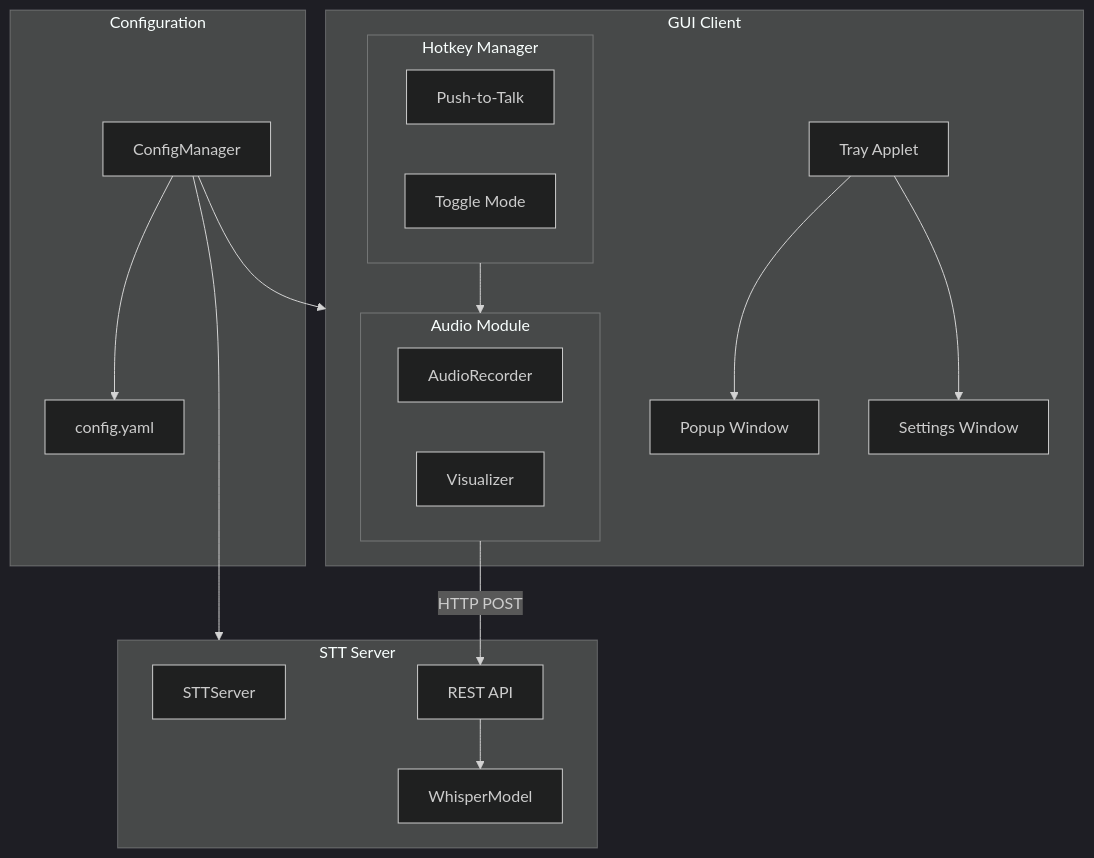
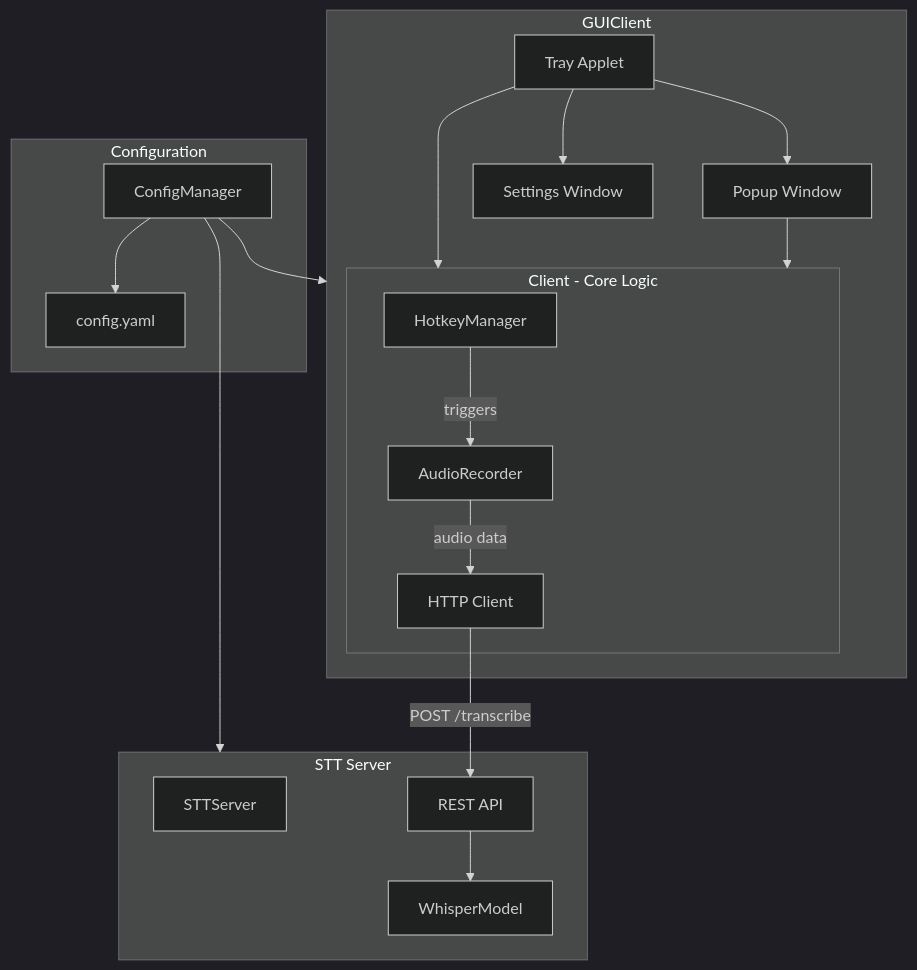
Before and after one commit to Protectore/EchoType: the diagram in README.md, drawn with Mermaid (dark theme). The commit also changed other lines of this file, not shown here.

Commit message:
Upd: README.md

````diff
--- a/README.md
+++ b/README.md
@@ -15,38 +15,39 @@
 ```mermaid
 flowchart TB
-    subgraph Client[GUI Client]
+    subgraph GUI[GUIClient]
         TRAY[Tray Applet]
         POPUP[Popup Window]
         SETTINGS[Settings Window]
         
-        subgraph Hotkeys[Hotkey Manager]
-            PTT[Push-to-Talk]
-            TOGGLE[Toggle Mode]
-        end
-        
-        subgraph Audio[Audio Module]
+        subgraph Core[Client - Core Logic]
+            HK[HotkeyManager]
             REC[AudioRecorder]
-            VIZ[Visualizer]
+            HTTP[HTTP Client]
         end
     end
     
     subgraph Server[STT Server]
         STT[STTServer]
         WH[WhisperModel]
         API[REST API]
     end
     
     subgraph Config[Configuration]
         CM[ConfigManager]
         YAML[config.yaml]
     end
     
     TRAY --> POPUP
     TRAY --> SETTINGS
-    Hotkeys --> Audio
-    Audio -->|HTTP POST| API
+    TRAY --> Core
+    POPUP --> Core
+    
+    HK -->|triggers| REC
+    REC -->|audio data| HTTP
+    HTTP -->|POST /transcribe| API
     API --> WH
+    
     CM --> YAML
-    CM --> Client
+    CM --> GUI
     CM --> Server
 ```
````
